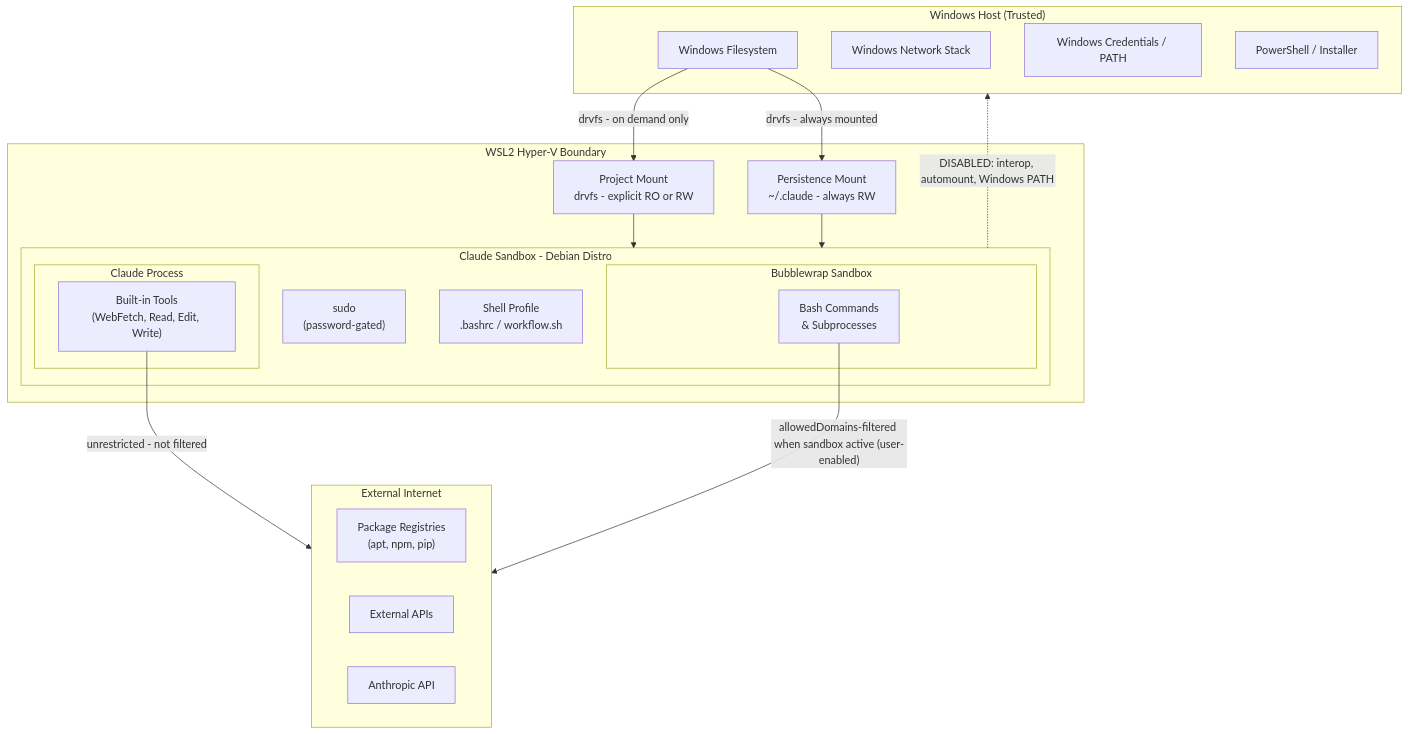
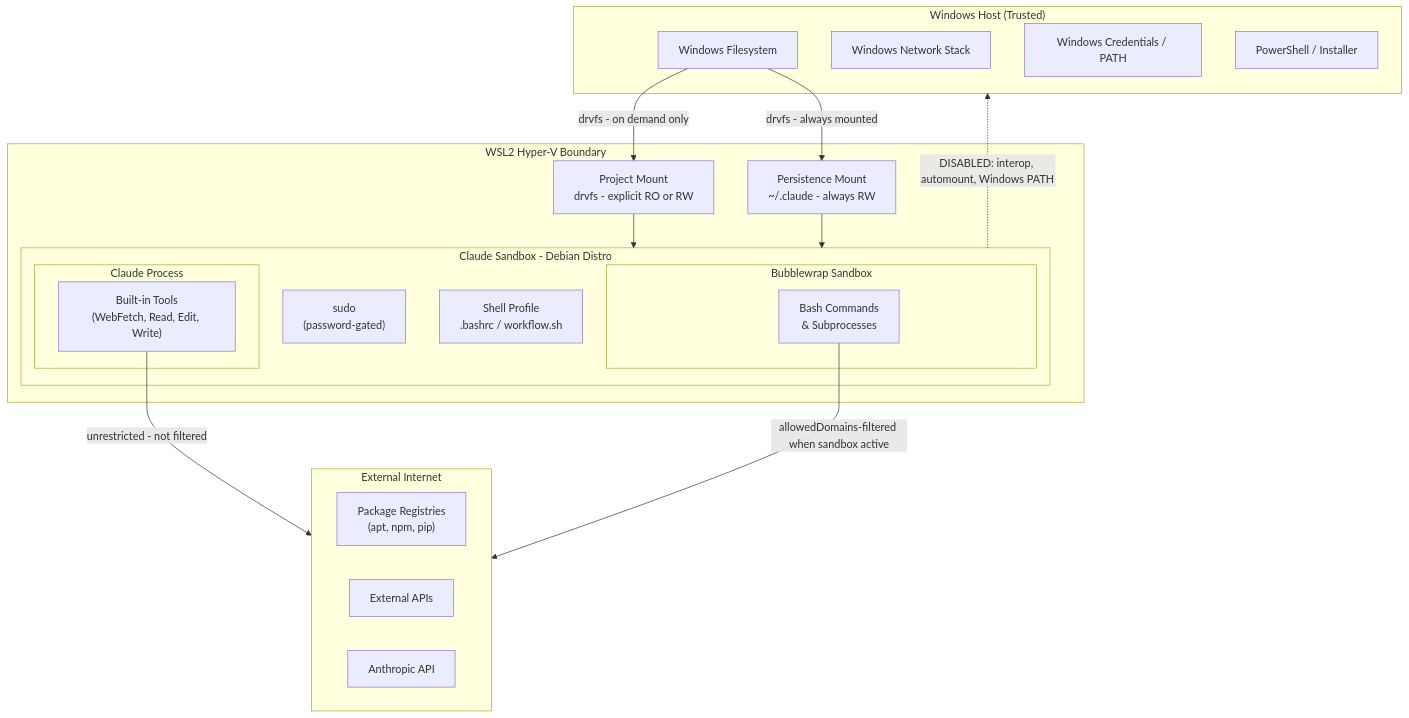
Before and after one commit to ChrisMavrommatis/claude-sandbox: the diagram in docs/threat-model.md, drawn with Mermaid. The commit also changed other lines of this file and 38 other files, not shown here.

````diff
--- a/docs/threat-model.md
+++ b/docs/threat-model.md
@@ -33,38 +56,38 @@
 ```mermaid
 graph TB
     subgraph WinHost ["Windows Host (Trusted)"]
         WinFS[Windows Filesystem]
         WinNET[Windows Network Stack]
         WinCreds[Windows Credentials / PATH]
         PS[PowerShell / Installer]
     end
 
     subgraph WSL2Boundary ["WSL2 Hyper-V Boundary"]
         subgraph Distro ["Claude Sandbox - Debian Distro"]
             subgraph ClaudeProc ["Claude Process"]
                 BuiltIn["Built-in Tools\n(WebFetch, Read, Edit, Write)"]
             end
             subgraph BWrap ["Bubblewrap Sandbox"]
                 Bash["Bash Commands\n& Subprocesses"]
             end
             Sudoers["sudo\n(password-gated)"]
             Profile["Shell Profile\n.bashrc / workflow.sh"]
         end
-        PersistMount["Persistence Mount\n~/.claude  -  always RW"]
-        ProjectMount["Project Mount\ndrvfs  -  explicit RO or RW"]
+        PersistMount["Persistence Mount\n~/.claude - always RW"]
+        ProjectMount["Project Mount\ndrvfs - explicit RO or RW"]
     end
 
     subgraph Internet ["External Internet"]
         PkgReg["Package Registries\n(apt, npm, pip)"]
         ExtAPI["External APIs"]
         ClaudeAPI["Anthropic API"]
     end
 
     WinFS -->|"drvfs - on demand only"| ProjectMount
     WinFS -->|"drvfs - always mounted"| PersistMount
     ProjectMount --> Distro
     PersistMount --> Distro
     BuiltIn -->|"unrestricted - not filtered"| Internet
-    Bash -->|"allowedDomains-filtered when sandbox active (user-enabled)"| Internet
+    Bash -->|"allowedDomains-filtered when sandbox active"| Internet
     Distro -.->|"DISABLED: interop, automount, Windows PATH"| WinHost
 ```
````
